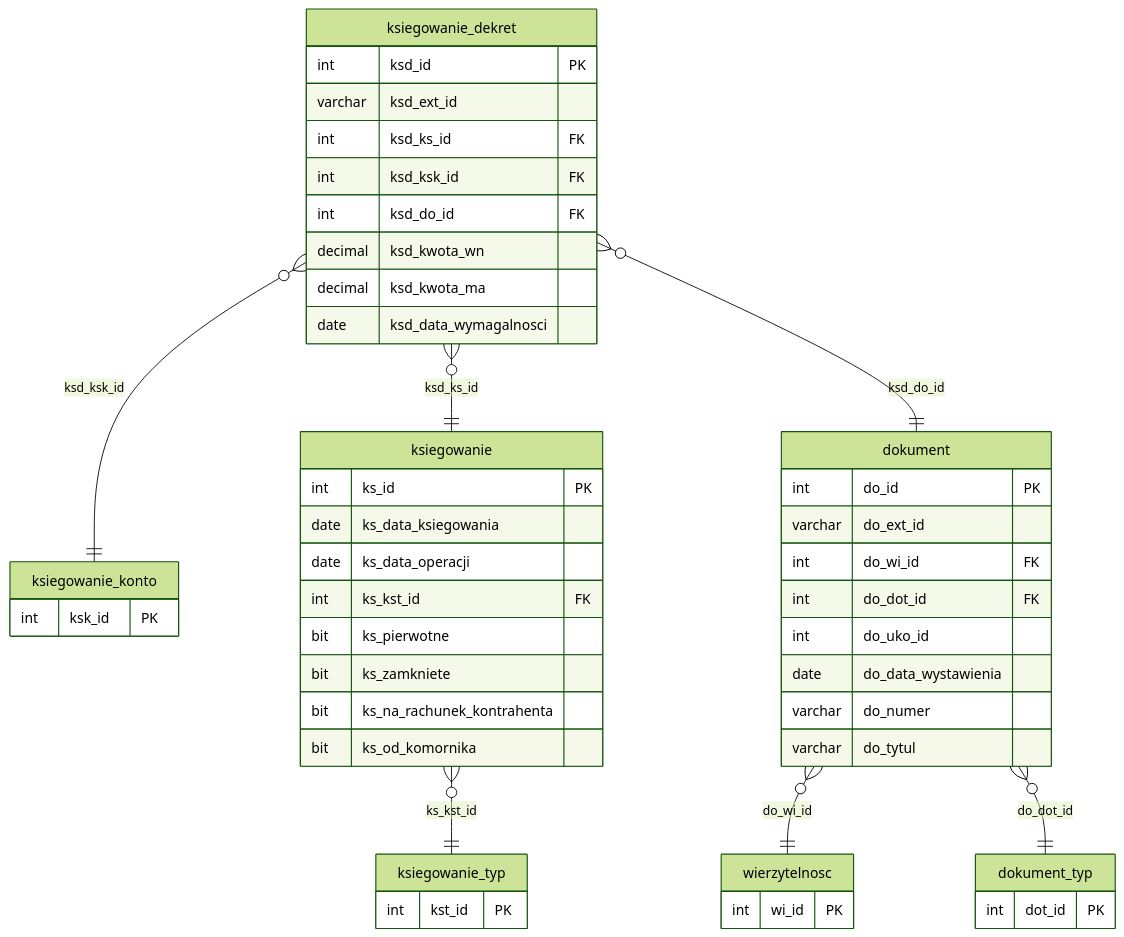
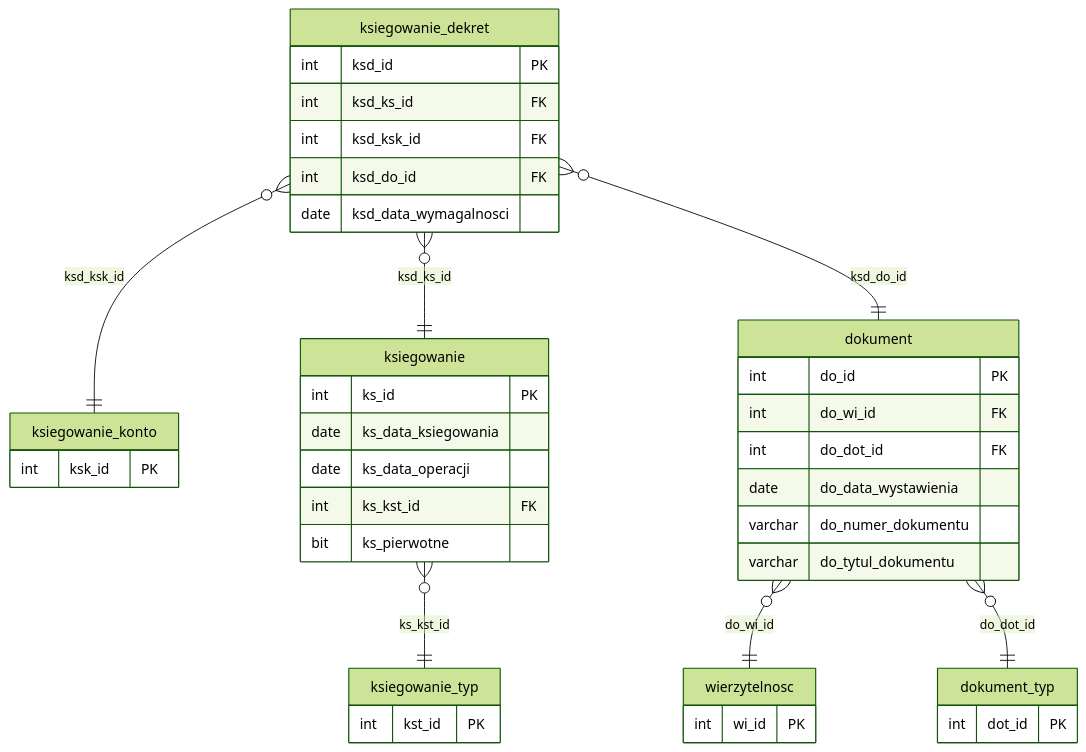
The diagram in docs/struktura-stagingu/harmonogram.md (oskar-bialek-bakk/intrum-migration-docs), drawn with Mermaid (forest theme) before and after one commit. The commit also changed other lines of this file and 21 other files, not shown here.

````diff
--- a/docs/struktura-stagingu/harmonogram.md
+++ b/docs/struktura-stagingu/harmonogram.md
@@ -22,58 +22,50 @@
 ```mermaid
 erDiagram
     dokument_typ {
         int     dot_id    PK
     }
 
     ksiegowanie_typ {
         int     kst_id    PK
     }
 
     ksiegowanie_konto {
         int     ksk_id    PK
     }
 
     wierzytelnosc {
         int     wi_id     PK
     }
 
     dokument {
         int      do_id                 PK
-        varchar  do_ext_id
         int      do_wi_id              FK
         int      do_dot_id             FK
-        int      do_uko_id
         date     do_data_wystawienia
-        varchar  do_numer
-        varchar  do_tytul
+        varchar  do_numer_dokumentu
+        varchar  do_tytul_dokumentu
     }
 
     ksiegowanie {
         int      ks_id                      PK
         date     ks_data_ksiegowania
         date     ks_data_operacji
         int      ks_kst_id                  FK
         bit      ks_pierwotne
-        bit      ks_zamkniete
-        bit      ks_na_rachunek_kontrahenta
-        bit      ks_od_komornika
     }
 
     ksiegowanie_dekret {
         int      ksd_id                   PK
-        varchar  ksd_ext_id
         int      ksd_ks_id                FK
         int      ksd_ksk_id               FK
         int      ksd_do_id                FK
-        decimal  ksd_kwota_wn
-        decimal  ksd_kwota_ma
         date     ksd_data_wymagalnosci
     }
 
     dokument            }o--||  wierzytelnosc       : "do_wi_id"
     dokument            }o--||  dokument_typ        : "do_dot_id"
     ksiegowanie         }o--||  ksiegowanie_typ     : "ks_kst_id"
     ksiegowanie_dekret  }o--||  ksiegowanie         : "ksd_ks_id"
     ksiegowanie_dekret  }o--||  ksiegowanie_konto   : "ksd_ksk_id"
     ksiegowanie_dekret  }o--||  dokument            : "ksd_do_id"
 ```
````
